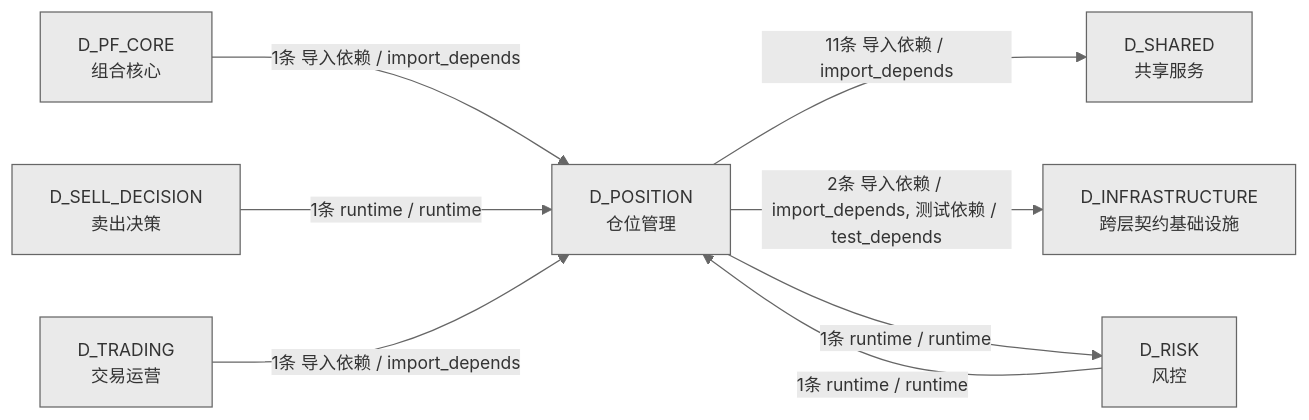
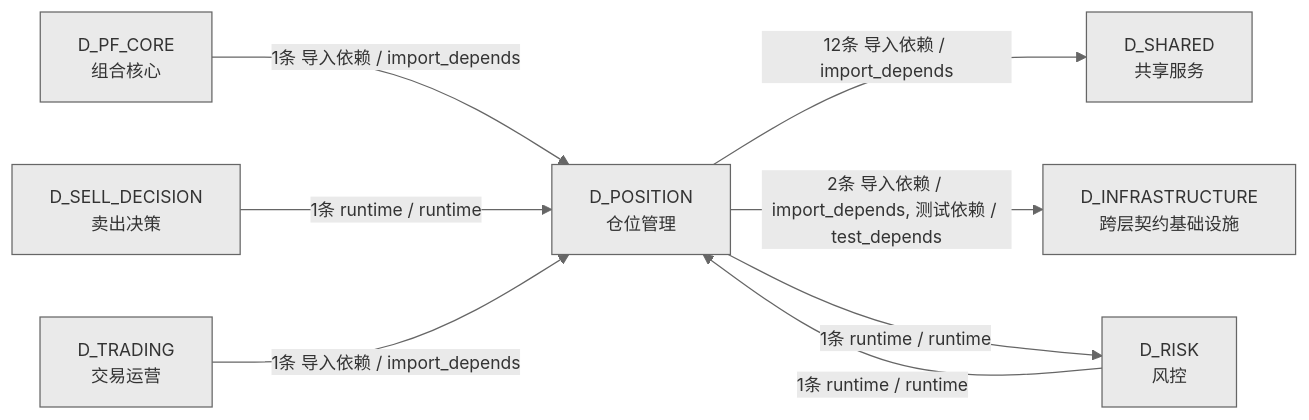
The third of 3 diagrams in docs/02_enterprise_architecture/02_domain_architecture_docs/64_d_position.md (xuanFelixVan/ZephyrAlpha), drawn with Mermaid before and after one commit. The commit also changed other lines of this file and 43 other files, not shown here.

````diff
--- a/docs/02_enterprise_architecture/02_domain_architecture_docs/64_d_position.md
+++ b/docs/02_enterprise_architecture/02_domain_architecture_docs/64_d_position.md
@@ -211,18 +227,18 @@
 ```mermaid
 %%{init: {'theme': 'base', 'themeVariables': {'primaryColor': '#eaeaea', 'primaryTextColor': '#333333', 'primaryBorderColor': '#666666', 'lineColor': '#666666', 'secondaryColor': '#eaeaea', 'tertiaryColor': '#eaeaea', 'fontSize': '14px'}}}%%
 graph LR
     D_POSITION["D_POSITION<br/>仓位管理"]
     D_SHARED["D_SHARED<br/>共享服务"]
     D_INFRASTRUCTURE["D_INFRASTRUCTURE<br/>跨层契约基础设施"]
     D_RISK["D_RISK<br/>风控"]
     D_PF_CORE["D_PF_CORE<br/>组合核心"]
     D_SELL_DECISION["D_SELL_DECISION<br/>卖出决策"]
     D_TRADING["D_TRADING<br/>交易运营"]
-    D_POSITION -->|11条 导入依赖 / import_depends| D_SHARED
+    D_POSITION -->|12条 导入依赖 / import_depends| D_SHARED
     D_POSITION -->|2条 导入依赖 / import_depends, 测试依赖 / test_depends| D_INFRASTRUCTURE
     D_POSITION -->|1条 runtime / runtime| D_RISK
     D_PF_CORE -->|1条 导入依赖 / import_depends| D_POSITION
     D_RISK -->|1条 runtime / runtime| D_POSITION
     D_SELL_DECISION -->|1条 runtime / runtime| D_POSITION
     D_TRADING -->|1条 导入依赖 / import_depends| D_POSITION
 ```
````
